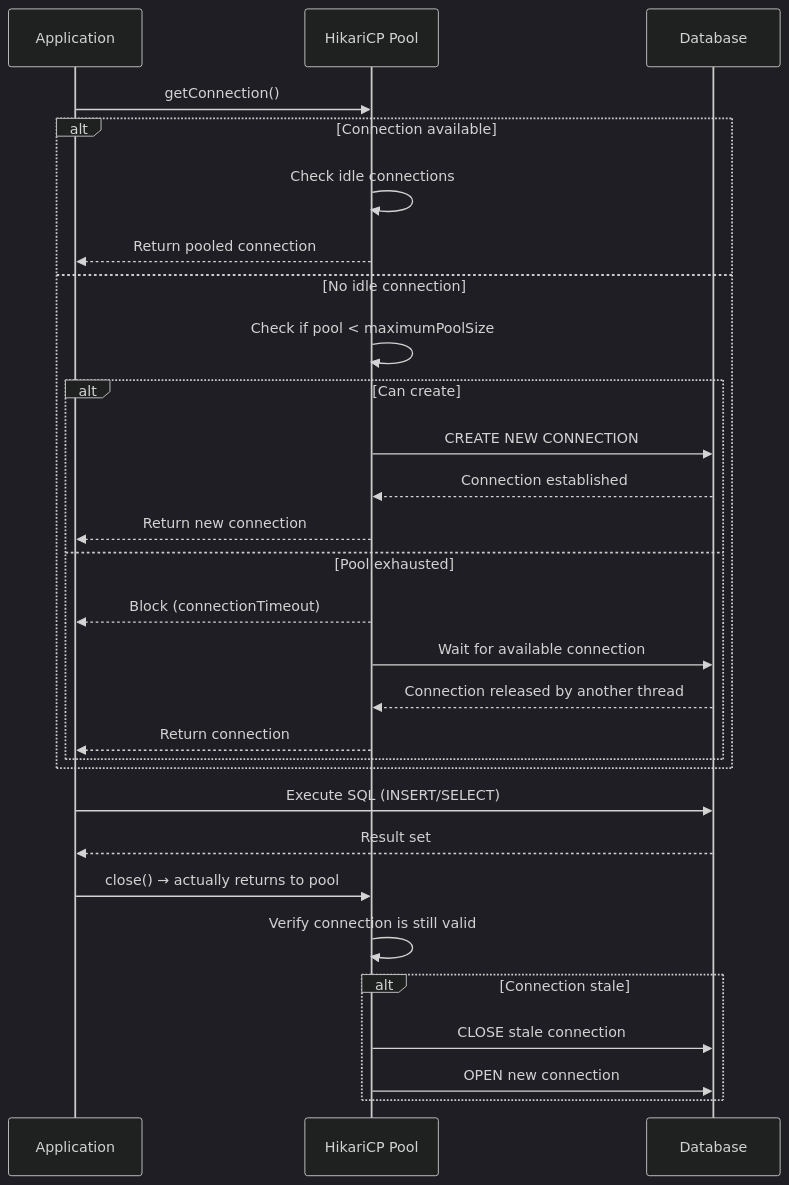
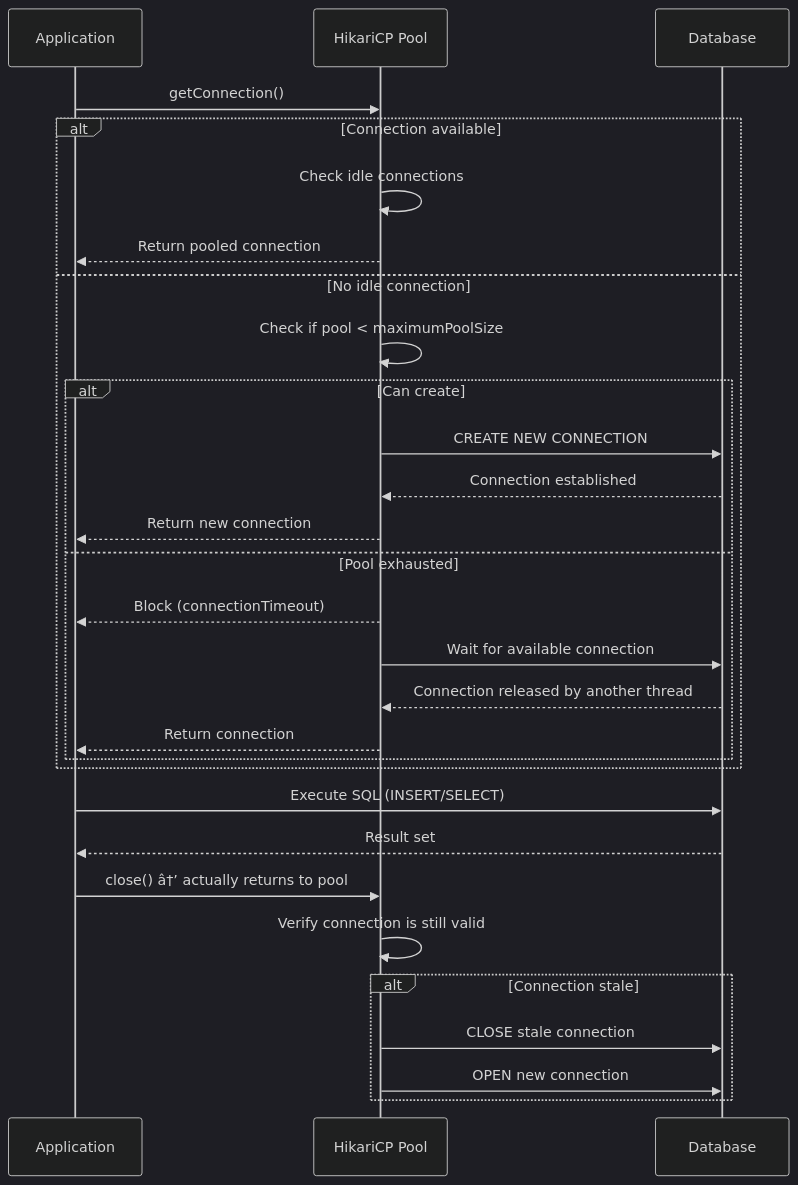
Before and after one commit to Raushan666java/ai-engineering-journey: the second of 4 diagrams in docs/courses/java/59-interview-databases-a.md, drawn with Mermaid (dark theme). The commit also changed other lines of this file and 735 other files, not shown here.

````diff
--- a/docs/courses/java/59-interview-databases-a.md
+++ b/docs/courses/java/59-interview-databases-a.md
@@ -857,34 +836,34 @@
 ```mermaid
 sequenceDiagram
     participant App as Application
     participant CP as HikariCP Pool
     participant DB as Database
 
     App->>CP: getConnection()
     alt Connection available
         CP->>CP: Check idle connections
         CP-->>App: Return pooled connection
     else No idle connection
         CP->>CP: Check if pool < maximumPoolSize
         alt Can create
             CP->>DB: CREATE NEW CONNECTION
             DB-->>CP: Connection established
             CP-->>App: Return new connection
         else Pool exhausted
             CP-->>App: Block (connectionTimeout)
             CP->>DB: Wait for available connection
             DB-->>CP: Connection released by another thread
             CP-->>App: Return connection
         end
     end
 
     App->>DB: Execute SQL (INSERT/SELECT)
     DB-->>App: Result set
 
-    App->>CP: close() → actually returns to pool
+    App->>CP: close() â†’ actually returns to pool
     CP->>CP: Verify connection is still valid
     alt Connection stale
         CP->>DB: CLOSE stale connection
         CP->>DB: OPEN new connection
     end
 ```
````
